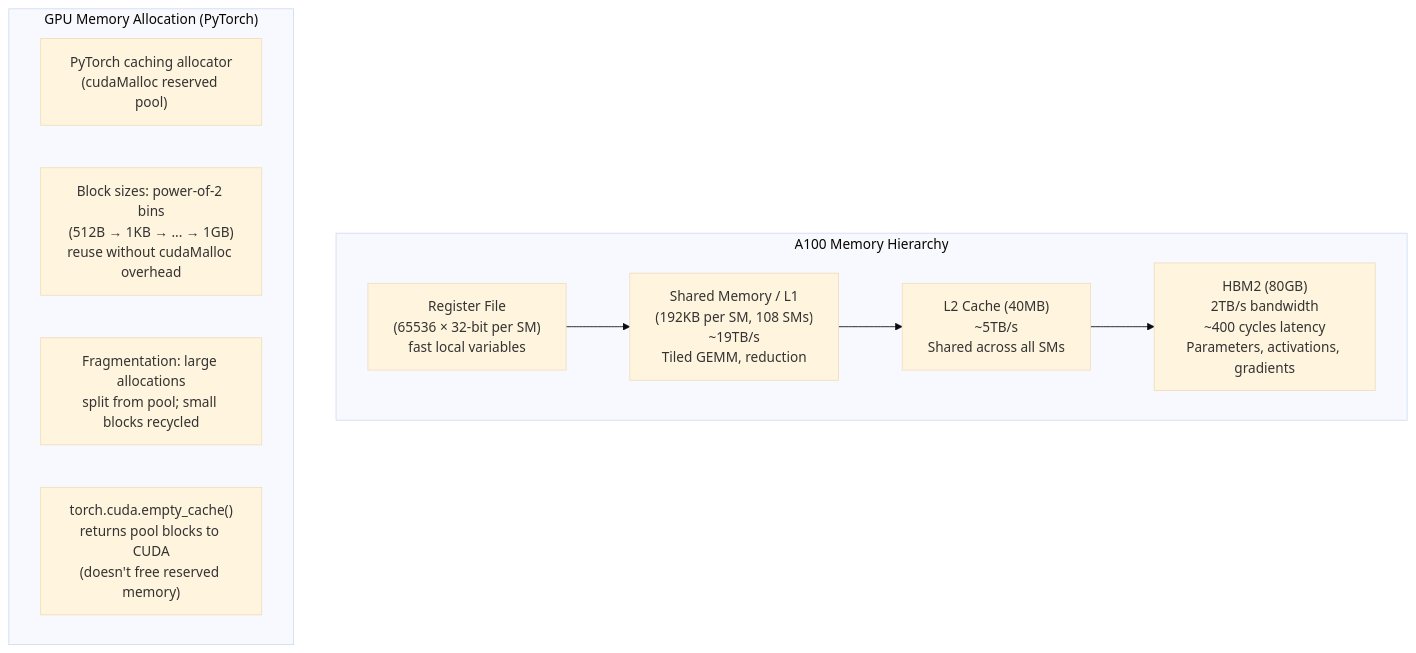
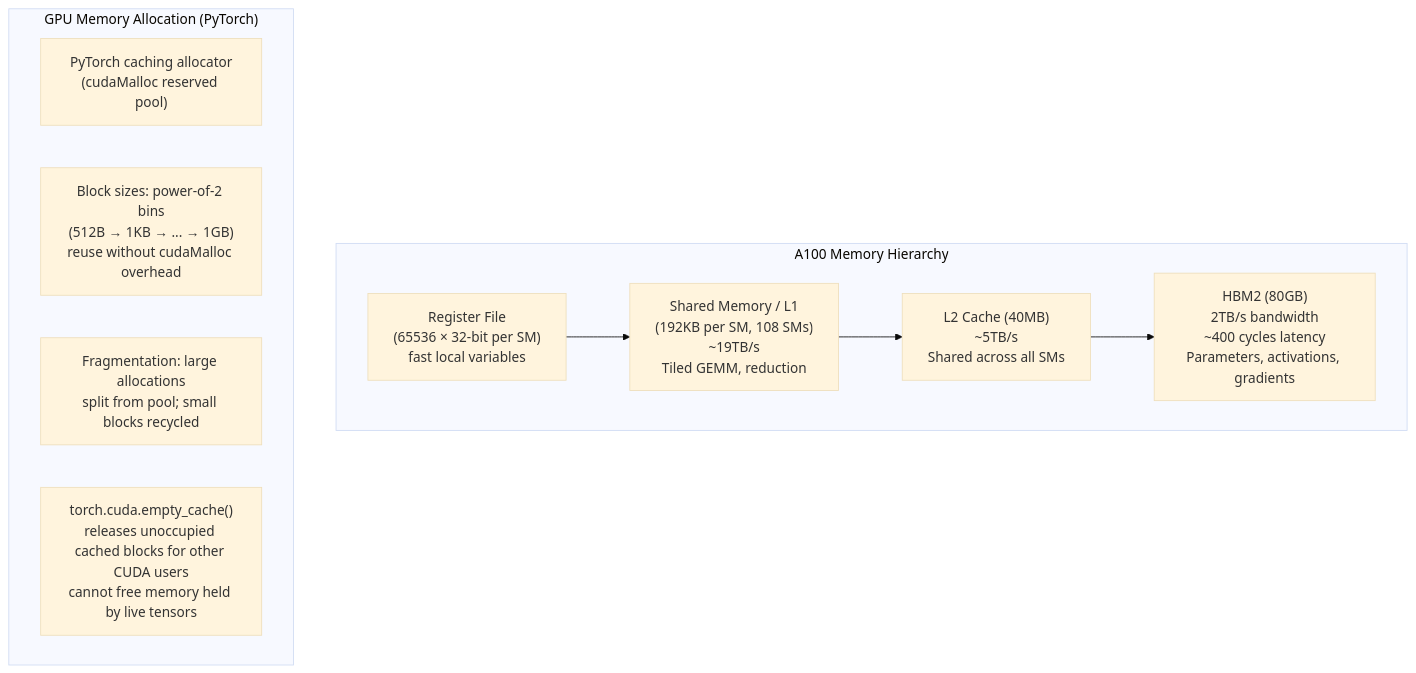
The ninth of 24 diagrams in content/docs/books/cs-reference/ko/ml-ai-internals.md (choisimo/document), drawn with Mermaid (base theme) before and after one commit. The commit also changed other lines of this file and 504 other files, not shown here.

````diff
--- a/content/docs/books/cs-reference/ko/ml-ai-internals.md
+++ b/content/docs/books/cs-reference/ko/ml-ai-internals.md
@@ -204,17 +206,17 @@
 ```mermaid
 flowchart TD
     subgraph "A100 Memory Hierarchy"
         HBM["HBM2 (80GB)\n2TB/s bandwidth\n~400 cycles latency\nParameters, activations, gradients"]
         L2["L2 Cache (40MB)\n~5TB/s\nShared across all SMs"]
         Shared["Shared Memory / L1\n(192KB per SM, 108 SMs)\n~19TB/s\nTiled GEMM, reduction"]
         Registers["Register File\n(65536 × 32-bit per SM)\nfast local variables"]
     end
     Registers --> Shared --> L2 --> HBM
 
     subgraph "GPU Memory Allocation (PyTorch)"
         Allocator["PyTorch caching allocator\n(cudaMalloc reserved pool)"]
         Block["Block sizes: power-of-2 bins\n(512B → 1KB → ... → 1GB)\nreuse without cudaMalloc overhead"]
         Frag["Fragmentation: large allocations\nsplit from pool; small blocks recycled"]
-        GC["torch.cuda.empty_cache()\nreturns pool blocks to CUDA\n(doesn't free reserved memory)"]
+        GC["torch.cuda.empty_cache()\nreleases unoccupied cached blocks for other CUDA users\ncannot free memory held by live tensors"]
     end
 ```
````
